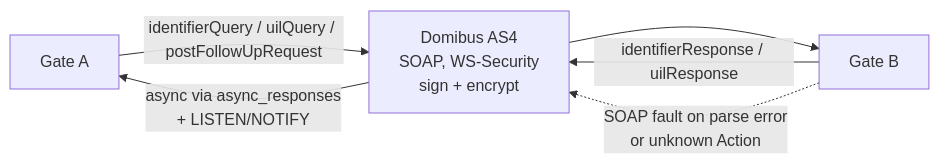
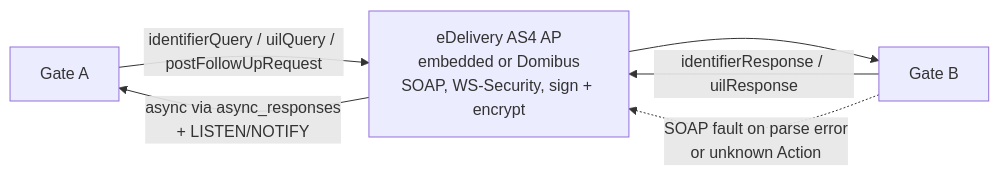
The first of 3 diagrams in docs/epics/epic_25_en.md (kemit-ee/efti-gate-ee), drawn with Mermaid before and after one commit. The commit also changed other lines of this file and 22 other files, not shown here.

````diff
--- a/docs/epics/epic_25_en.md
+++ b/docs/epics/epic_25_en.md
@@ -18,8 +20,8 @@
 ```mermaid
 flowchart LR
-    GA[Gate A] -- identifierQuery / uilQuery / postFollowUpRequest --> Dom[Domibus AS4<br/>SOAP, WS-Security<br/>sign + encrypt]
-    Dom --> GB[Gate B]
-    GB -- identifierResponse / uilResponse --> Dom
-    Dom -- async via async_responses<br/>+ LISTEN/NOTIFY --> GA
-    GB -. SOAP fault on parse error<br/>or unknown Action .-> Dom
+    GA[Gate A] -- identifierQuery / uilQuery / postFollowUpRequest --> AP[eDelivery AS4 AP<br/>embedded or Domibus<br/>SOAP, WS-Security, sign + encrypt]
+    AP --> GB[Gate B]
+    GB -- identifierResponse / uilResponse --> AP
+    AP -- async via async_responses<br/>+ LISTEN/NOTIFY --> GA
+    GB -. SOAP fault on parse error<br/>or unknown Action .-> AP
 ```
````
